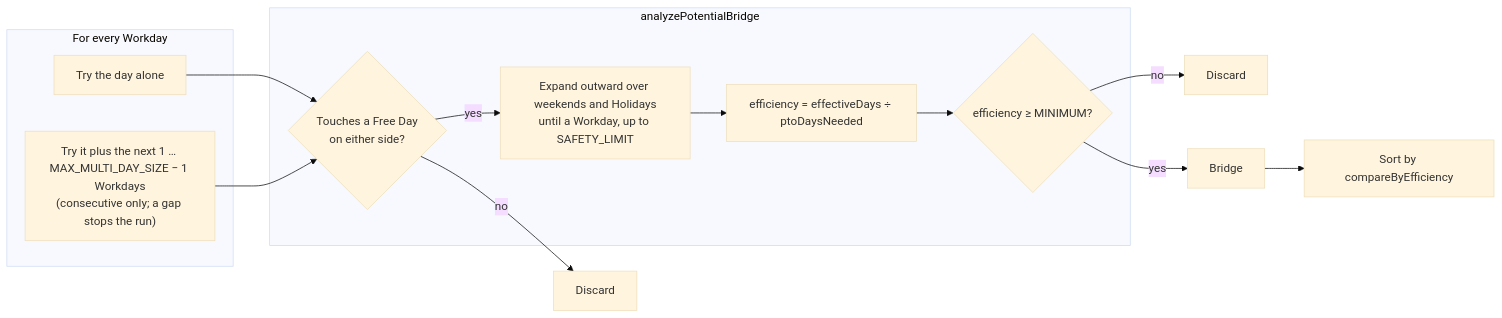
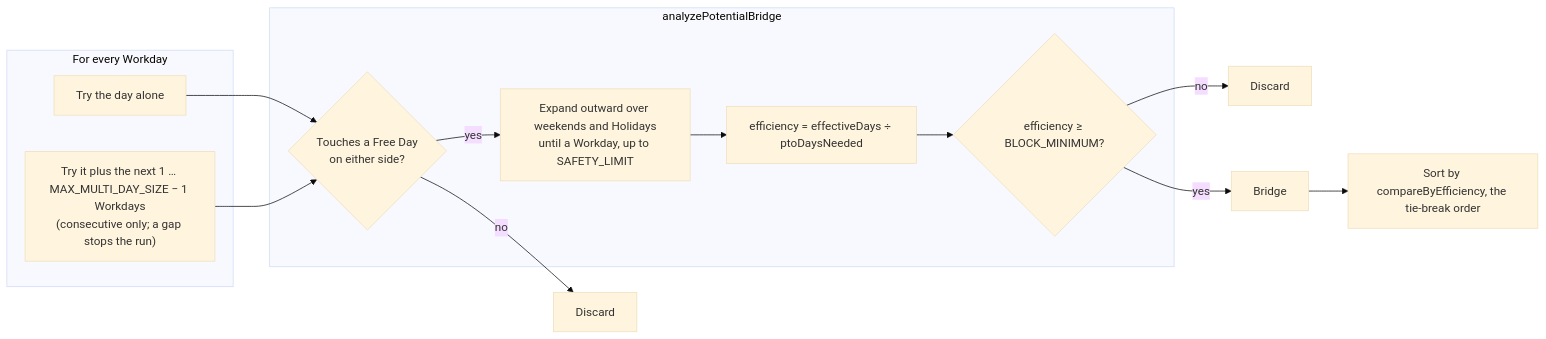
The second of 4 diagrams in apps/docs/src/content/docs/how-it-works/planning-algorithm.mdx (fbuireu/forever-pto), drawn with Mermaid (base theme) before and after one commit. The commit also changed other lines of this file and 7 other files, not shown here.

````diff
--- a/apps/docs/src/content/docs/how-it-works/planning-algorithm.mdx
+++ b/apps/docs/src/content/docs/how-it-works/planning-algorithm.mdx
@@ -53,20 +53,20 @@
 ```mermaid
 flowchart LR
   subgraph gen [For every Workday]
     S1[Try the day alone]
     S2["Try it plus the next 1 … MAX_MULTI_DAY_SIZE − 1 Workdays<br/>(consecutive only; a gap stops the run)"]
   end
   subgraph analyze [analyzePotentialBridge]
     ADJ{Touches a Free Day<br/>on either side?}
     EXP[Expand outward over weekends and Holidays<br/>until a Workday, up to SAFETY_LIMIT]
     EFF[efficiency = effectiveDays ÷ ptoDaysNeeded]
-    MIN{efficiency ≥ MINIMUM?}
+    MIN{efficiency ≥ BLOCK_MINIMUM?}
   end
   S1 --> ADJ
   S2 --> ADJ
   ADJ -- no --> DROP1[Discard]
   ADJ -- yes --> EXP --> EFF --> MIN
   MIN -- no --> DROP2[Discard]
   MIN -- yes --> KEEP[Bridge]
-  KEEP --> SORT[Sort by compareByEfficiency]
+  KEEP --> SORT[Sort by compareByEfficiency, the tie-break order]
 ```
````
